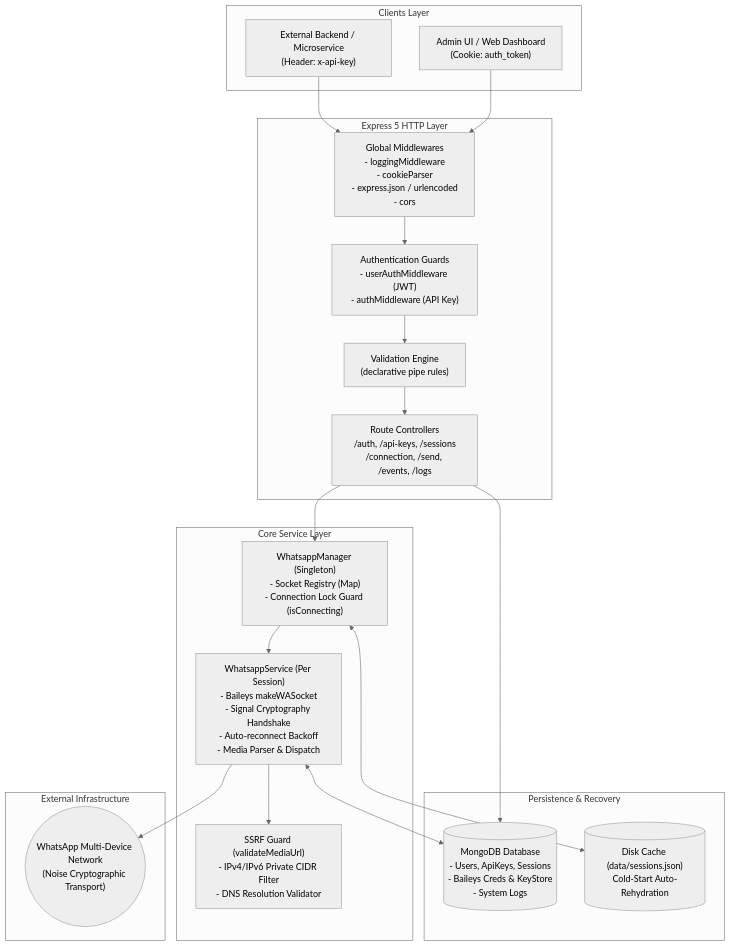
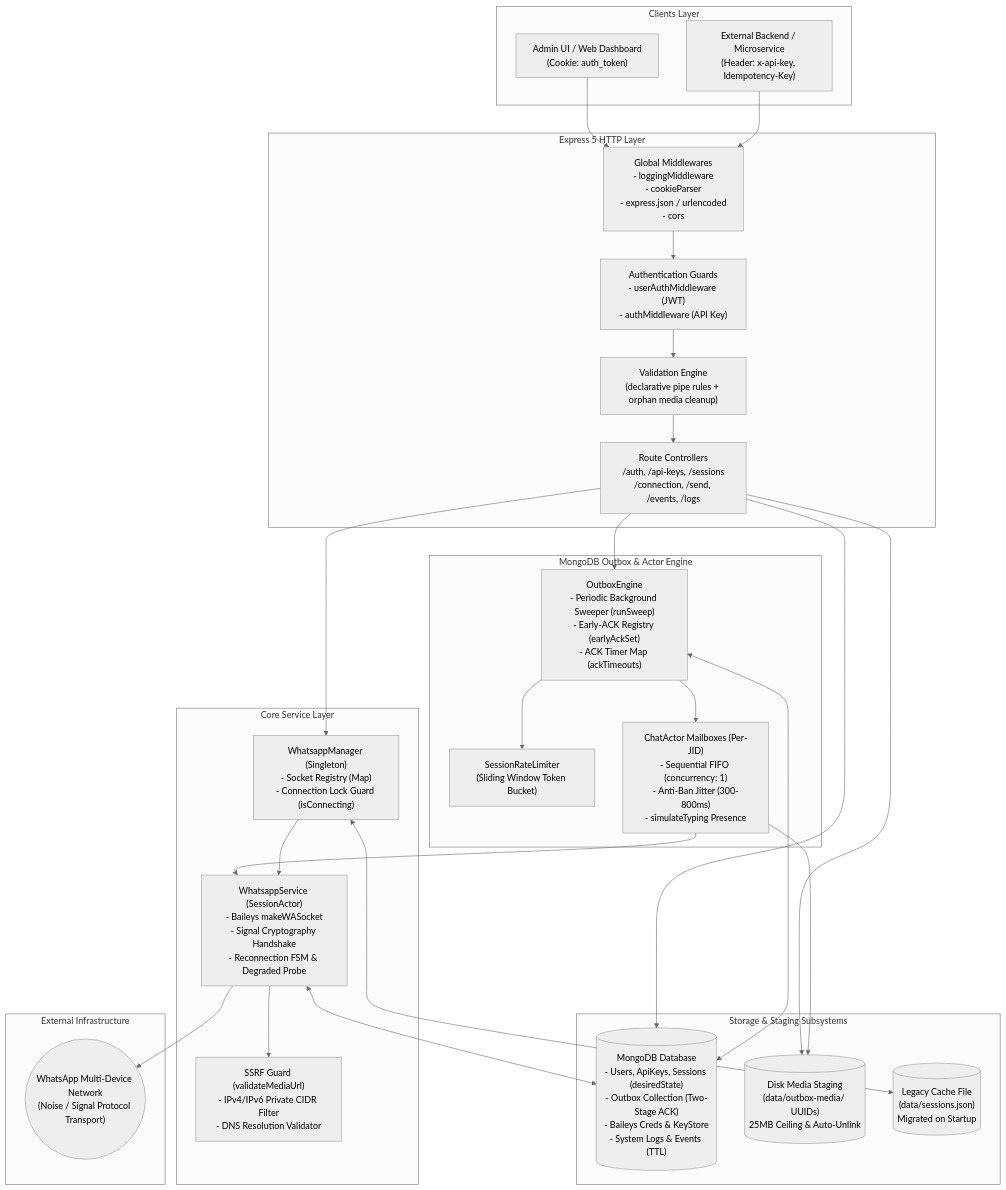
Before and after one commit to xml300/whatsapp-server: the first of 8 diagrams in docs/system-architecture.md, drawn with Mermaid (neutral theme). The commit also changed other lines of this file and 5 other files, not shown here.

Commit message:
docs: update architecture, api spec, data models, deployment guide, and openapi spec for actor & outbox engine

````diff
--- a/docs/system-architecture.md
+++ b/docs/system-architecture.md
@@ -11,43 +11,60 @@
 ```mermaid
 flowchart TB
     subgraph Clients["Clients Layer"]
         AdminWeb["Admin UI / Web Dashboard\n(Cookie: auth_token)"]
-        ExternalAPI["External Backend / Microservice\n(Header: x-api-key)"]
+        ExternalAPI["External Backend / Microservice\n(Header: x-api-key, Idempotency-Key)"]
     end
 
     subgraph ExpressApp["Express 5 HTTP Layer"]
         GlobalMW["Global Middlewares\n- loggingMiddleware\n- cookieParser\n- express.json / urlencoded\n- cors"]
         AuthMW["Authentication Guards\n- userAuthMiddleware (JWT)\n- authMiddleware (API Key)"]
-        ValidationMW["Validation Engine\n(declarative pipe rules)"]
+        ValidationMW["Validation Engine\n(declarative pipe rules + orphan media cleanup)"]
         RoutesLayer["Route Controllers\n/auth, /api-keys, /sessions\n/connection, /send, /events, /logs"]
+    end
+
+    subgraph OutboxLayer["MongoDB Outbox & Actor Engine"]
+        Engine["OutboxEngine\n- Periodic Background Sweeper (runSweep)\n- Early-ACK Registry (earlyAckSet)\n- ACK Timer Map (ackTimeouts)"]
+        Limiter["SessionRateLimiter\n(Sliding Window Token Bucket)"]
+        ChatActors["ChatActor Mailboxes (Per-JID)\n- Sequential FIFO (concurrency: 1)\n- Anti-Ban Jitter (300-800ms)\n- simulateTyping Presence"]
     end
 
     subgraph CoreServices["Core Service Layer"]
         Mgr["WhatsappManager (Singleton)\n- Socket Registry (Map)\n- Connection Lock Guard (isConnecting)"]
-        Svc["WhatsappService (Per Session)\n- Baileys makeWASocket\n- Signal Cryptography Handshake\n- Auto-reconnect Backoff\n- Media Parser & Dispatch"]
+        Svc["WhatsappService (SessionActor)\n- Baileys makeWASocket\n- Signal Cryptography Handshake\n- Reconnection FSM & Degraded Probe"]
         SSRF["SSRF Guard (validateMediaUrl)\n- IPv4/IPv6 Private CIDR Filter\n- DNS Resolution Validator"]
     end
 
-    subgraph Persistence["Persistence & Recovery"]
-        MongoDB[(MongoDB Database\n- Users, ApiKeys, Sessions\n- Baileys Creds & KeyStore\n- System Logs)]
-        DiskCache[("Disk Cache (data/sessions.json)\nCold-Start Auto-Rehydration")]
+    subgraph StorageLayer["Storage & Staging Subsystems"]
+        MongoDB[("MongoDB Database\n- Users, ApiKeys, Sessions (desiredState)\n- Outbox Collection (Two-Stage ACK)\n- Baileys Creds & KeyStore\n- System Logs & Events (TTL)")]
+        DiskStaging[("Disk Media Staging\n(data/outbox-media/ UUIDs)\n25MB Ceiling & Auto-Unlink")]
+        LegacyCache[("Legacy Cache File\n(data/sessions.json)\nMigrated on Startup")]
     end
 
     subgraph ExternalNetwork["External Infrastructure"]
-        WANetwork(("WhatsApp Multi-Device Network\n(Noise Cryptographic Transport)"))
+        WANetwork(("WhatsApp Multi-Device Network\n(Noise / Signal Protocol Transport)"))
     end
 
     AdminWeb --> GlobalMW
     ExternalAPI --> GlobalMW
     GlobalMW --> AuthMW
     AuthMW --> ValidationMW
     ValidationMW --> RoutesLayer
 
+    RoutesLayer --> DiskStaging
+    RoutesLayer --> Engine
     RoutesLayer --> Mgr
     RoutesLayer --> MongoDB
+
+    Engine --> Limiter
+    Engine --> ChatActors
+    Engine <--> MongoDB
+
+    ChatActors --> Svc
+    ChatActors --> DiskStaging
+
     Mgr --> Svc
     Svc --> SSRF
     Svc --> WANetwork
     Svc <--> MongoDB
-    Mgr <--> DiskCache
+    Mgr <--> LegacyCache
 ```
````
